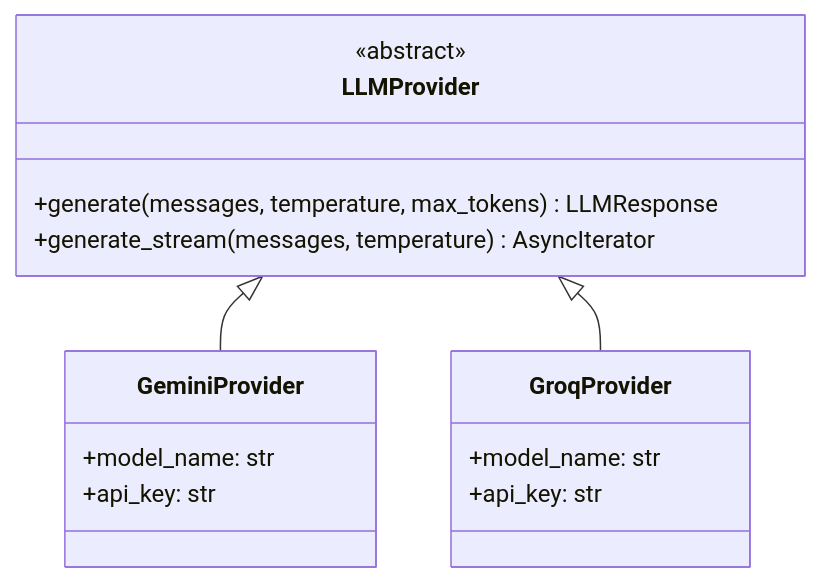
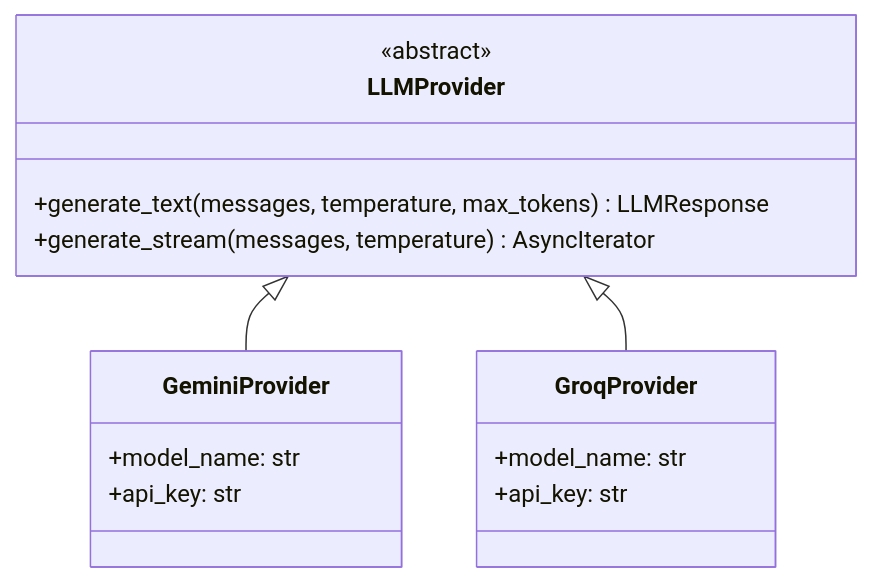
The diagram in docs/llm-providers.md (smolikja/yt-playlist-sum-be), drawn with Mermaid before and after one commit. The commit also changed other lines of this file and 8 other files, not shown here.

````diff
--- a/docs/llm-providers.md
+++ b/docs/llm-providers.md
@@ -7,21 +7,21 @@
 ```mermaid
 classDiagram
     class LLMProvider {
         <<abstract>>
-        +generate(messages, temperature, max_tokens) LLMResponse
+        +generate_text(messages, temperature, max_tokens) LLMResponse
         +generate_stream(messages, temperature) AsyncIterator
     }
     
     class GeminiProvider {
         +model_name: str
         +api_key: str
     }
     
     class GroqProvider {
         +model_name: str
         +api_key: str
     }
     
     LLMProvider <|-- GeminiProvider
     LLMProvider <|-- GroqProvider
 ```
````
